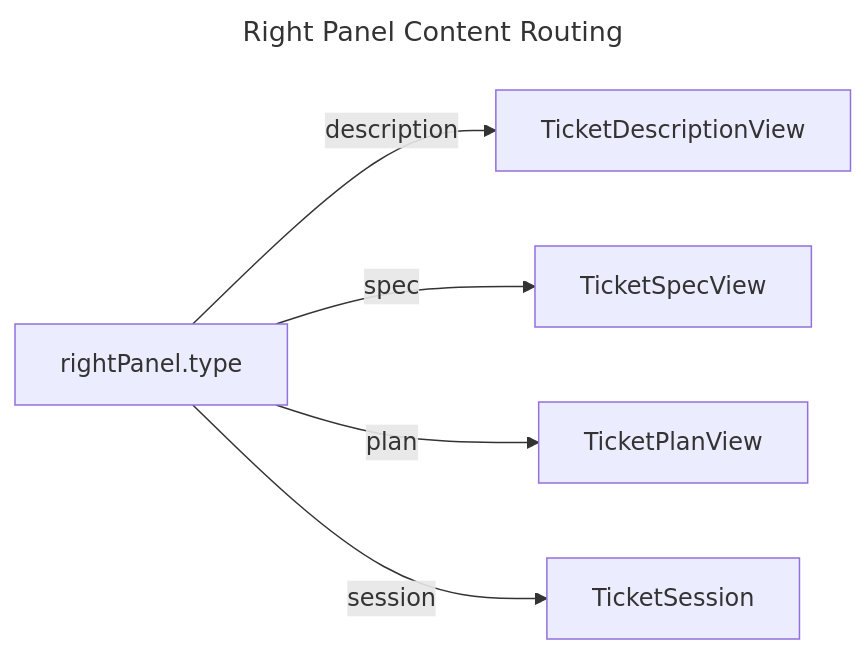
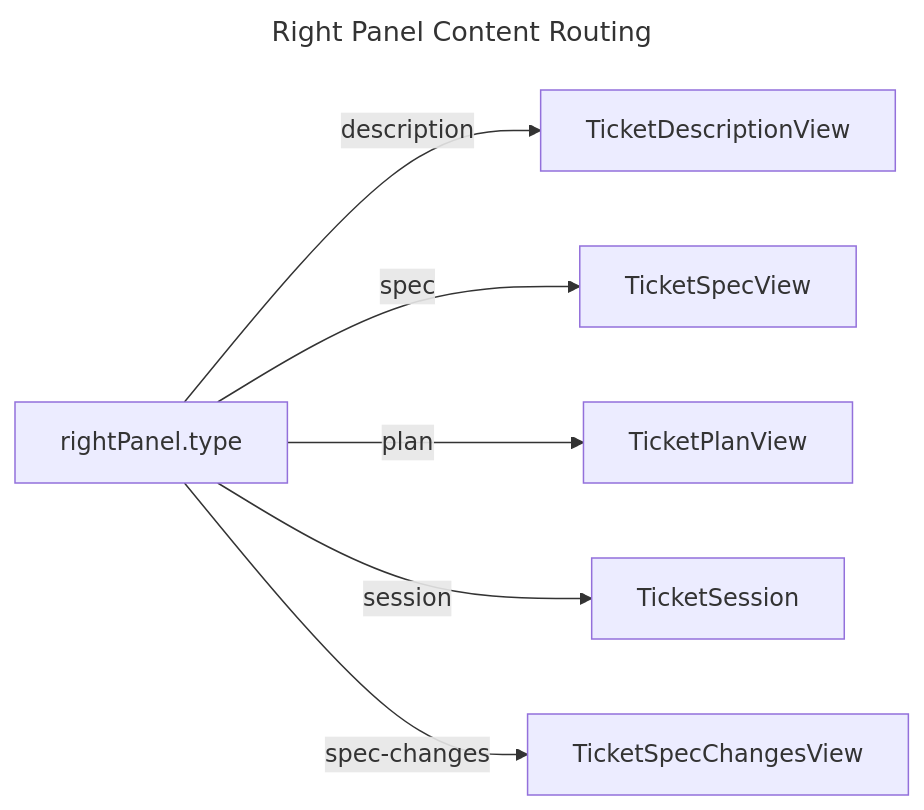
One commit to JetBrains/thinkrail changed the second of 2 diagrams in frontend/src/components/MetaTicketDetail/README.md. Above: the diagram before and after it, drawn with Mermaid. The commit also changed other lines of this file and 30 other files, not shown here.

First line of the commit message:
feat: redesign meta-ticket flow with 6-state pipeline, spec-diffs, and plan milestones

````diff
--- a/frontend/src/components/MetaTicketDetail/README.md
+++ b/frontend/src/components/MetaTicketDetail/README.md
@@ -174,11 +181,12 @@
 ```mermaid
 ---
 title: Right Panel Content Routing
 ---
 graph LR
     RP["rightPanel.type"]
     RP -->|description| DV["TicketDescriptionView"]
     RP -->|spec| SV["TicketSpecView"]
     RP -->|plan| PV["TicketPlanView"]
     RP -->|session| TS["TicketSession"]
+    RP -->|spec-changes| SC["TicketSpecChangesView"]
 ```
````
